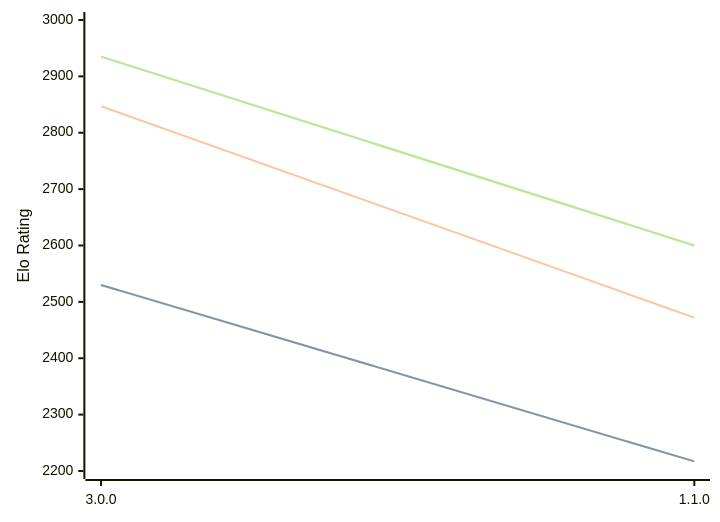
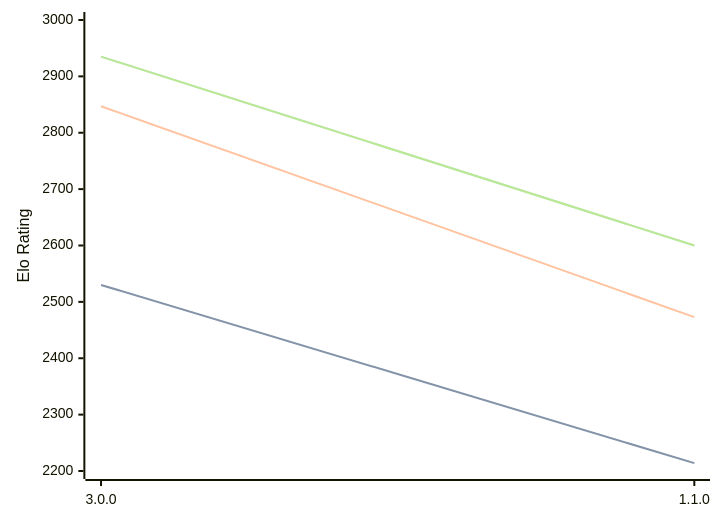
Before and after one commit to computer-chess-index/cci: the first of 3 diagrams in engines/Potential.md, drawn with Mermaid. The commit also changed other lines of this file, not shown here.

````diff
--- a/engines/Potential.md
+++ b/engines/Potential.md
@@ -34,11 +34,11 @@
 ```mermaid
 %%{init: {"theme":"base","themeVariables":{"seriesColors:['#a3a3a3','#222221','#faa371']}}}%%
 xychart-beta
   x-axis ["3.0.0", "1.1.0"]
   y-axis "Elo Rating" 2200 --> 3000
-  line "STC (8.0+0.08s)" [2530, 2217]
-  line "STC (8.0+0.08s)" [2530, 2217]
-  line "LTC (60.0+0.60s)" [2847, 2472]
+  line "STC (8.0+0.08s)" [2530, 2214]
+  line "STC (8.0+0.08s)" [2530, 2214]
+  line "LTC (60.0+0.60s)" [2847, 2473]
   line "VLTC (2m24s+1.12s)" [2935, 2600]
   line "VLTC (2m24s+1.12s)" [2935, 2600]
 ```
````
